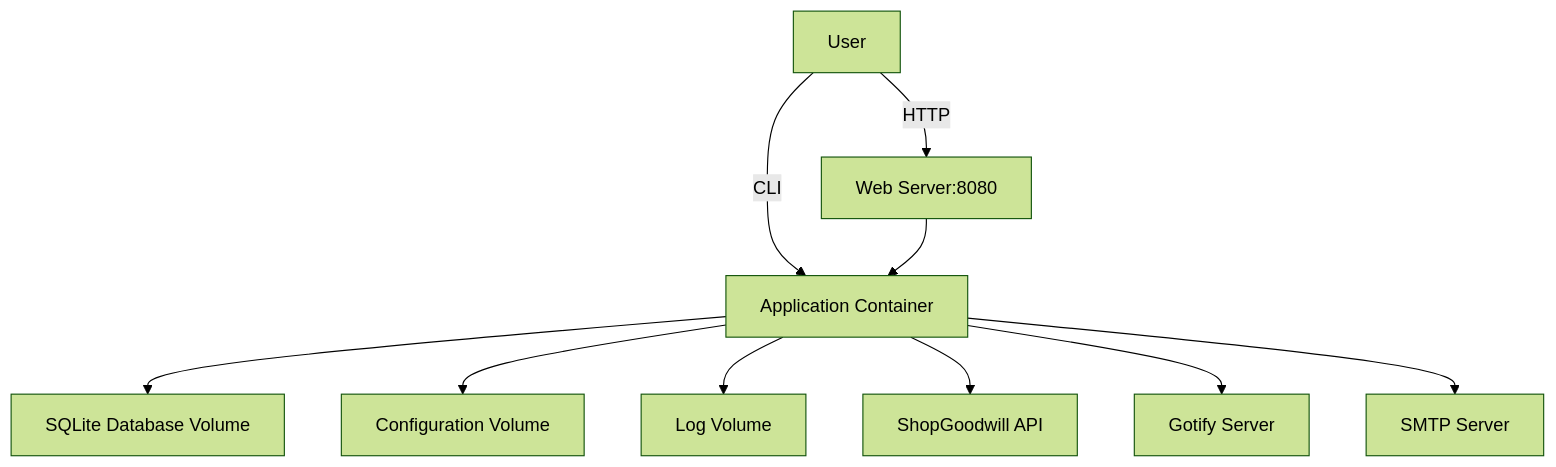
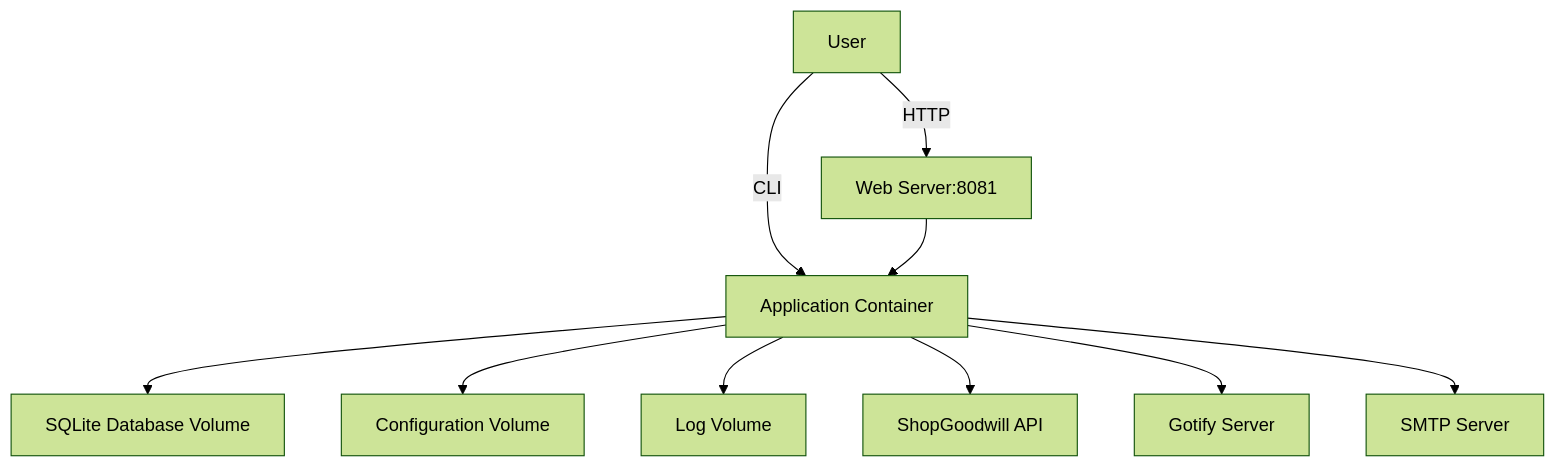
The tenth of 12 diagrams in docs/ARCHITECTURE_DIAGRAM.md (toozej/go-find-goodwill), drawn with Mermaid (forest theme) before and after one commit. The commit also changed 32 other files, not shown here.

````diff
--- a/docs/ARCHITECTURE_DIAGRAM.md
+++ b/docs/ARCHITECTURE_DIAGRAM.md
@@ -313,12 +313,12 @@
 ```mermaid
 graph TD
-    A[User] -->|HTTP| B[Web Server:8080]
+    A[User] -->|HTTP| B[Web Server:8081]
     A -->|CLI| C[Application Container]
     C --> D[SQLite Database Volume]
     C --> E[Configuration Volume]
     C --> F[Log Volume]
     B --> C
     C --> G[ShopGoodwill API]
     C --> H[Gotify Server]
     C --> I[SMTP Server]
 ```
````
